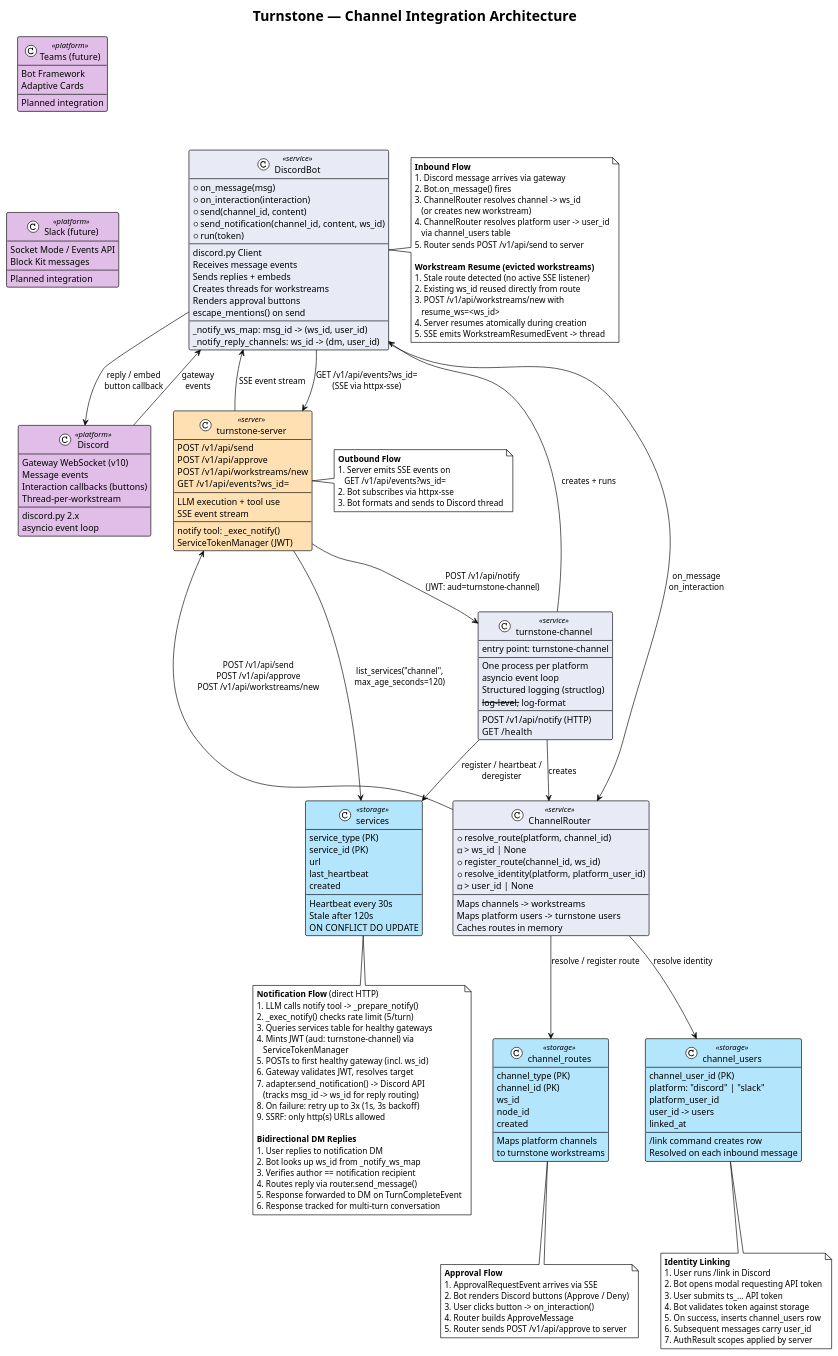
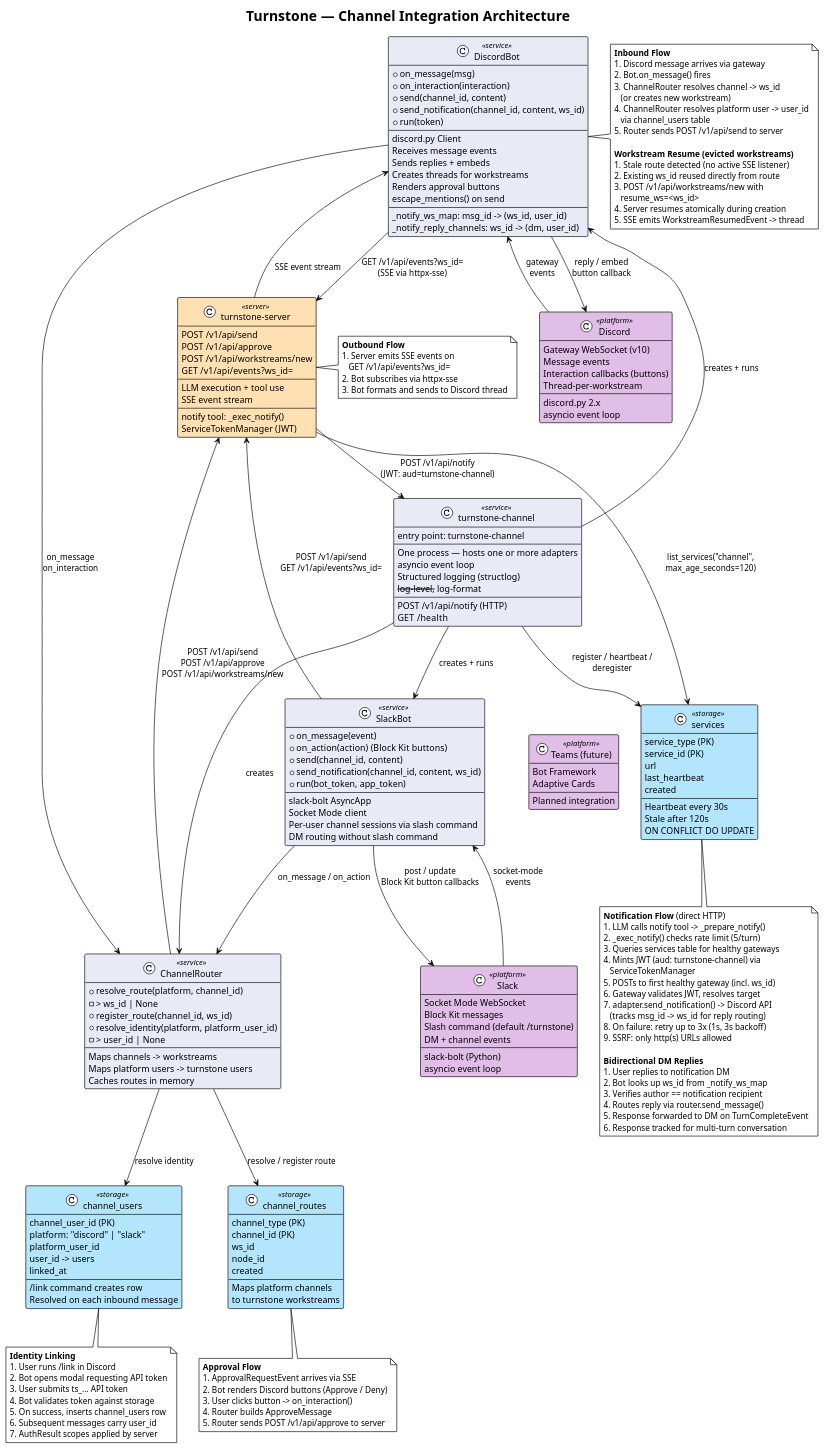
Before and after one commit to turnstonelabs/turnstone: the diagram in docs/diagrams/16-channel-architecture.puml, drawn with PlantUML. The commit also changed 19 other files, not shown here.

```diff
--- a/docs/diagrams/16-channel-architecture.puml
+++ b/docs/diagrams/16-channel-architecture.puml
@@ -20,11 +20,14 @@
     asyncio event loop
 }
 
-class "Slack (future)" as Slack <<platform>> {
-    Socket Mode / Events API
+class "Slack" as Slack <<platform>> {
+    Socket Mode WebSocket
     Block Kit messages
+    Slash command (default /turnstone)
+    DM + channel events
     --
-    Planned integration
+    slack-bolt (Python)
+    asyncio event loop
 }
 
 class "Teams (future)" as Teams <<platform>> {
@@ -38,13 +41,26 @@
 class "turnstone-channel" as ChannelService <<service>> {
     entry point: turnstone-channel
     --
-    One process per platform
+    One process — hosts one or more adapters
     asyncio event loop
     Structured logging (structlog)
     --log-level, --log-format
     --
     POST /v1/api/notify (HTTP)
     GET  /health
+}
+
+class "SlackBot" as SlackBot <<service>> {
+    +on_message(event)
+    +on_action(action)  (Block Kit buttons)
+    +send(channel_id, content)
+    +send_notification(channel_id, content, ws_id)
+    +run(bot_token, app_token)
+    --
+    slack-bolt AsyncApp
+    Socket Mode client
+    Per-user channel sessions via slash command
+    DM routing without slash command
 }
 
 class "DiscordBot" as Bot <<service>> {
@@ -138,10 +154,15 @@
 
 Bot --> Discord : reply / embed\nbutton callback
 
-Slack .[hidden]. Discord
+Slack --> SlackBot : socket-mode\nevents
+SlackBot --> Router : on_message / on_action
+SlackBot --> Server : POST /v1/api/send\nGET /v1/api/events?ws_id=
+SlackBot --> Slack : post / update\nBlock Kit button callbacks
+
 Teams .[hidden]. Slack
 
 ChannelService --> Bot : creates + runs
+ChannelService --> SlackBot : creates + runs
 ChannelService --> Router : creates
 ChannelService --> SVC : register / heartbeat /\nderegister
 
```
